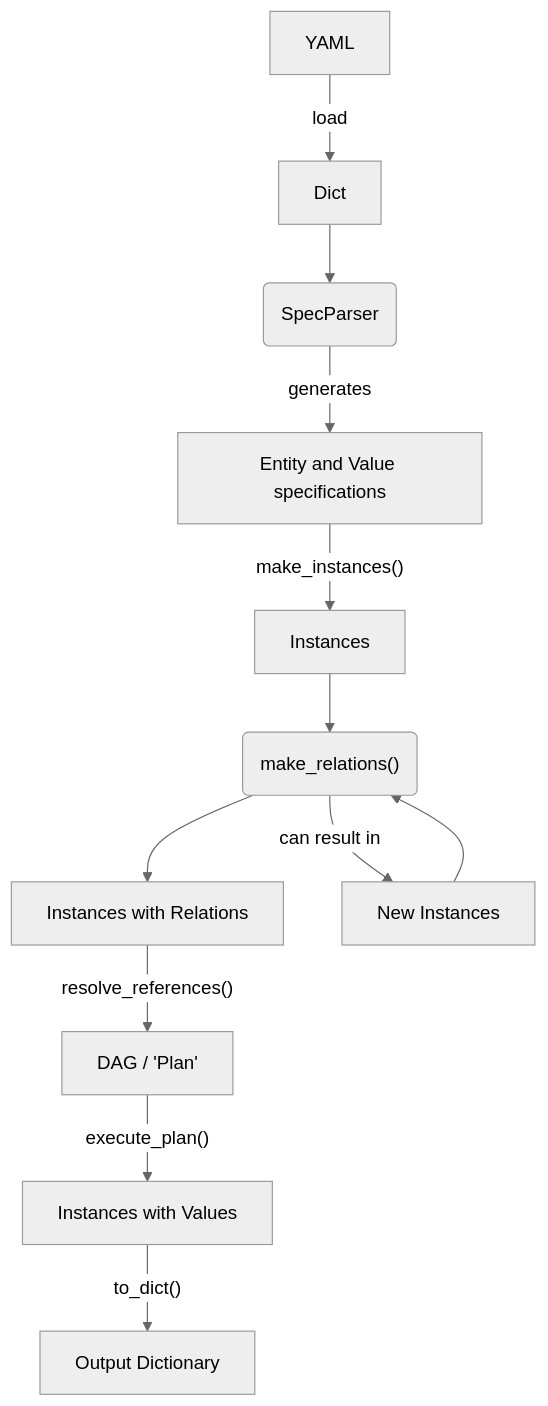
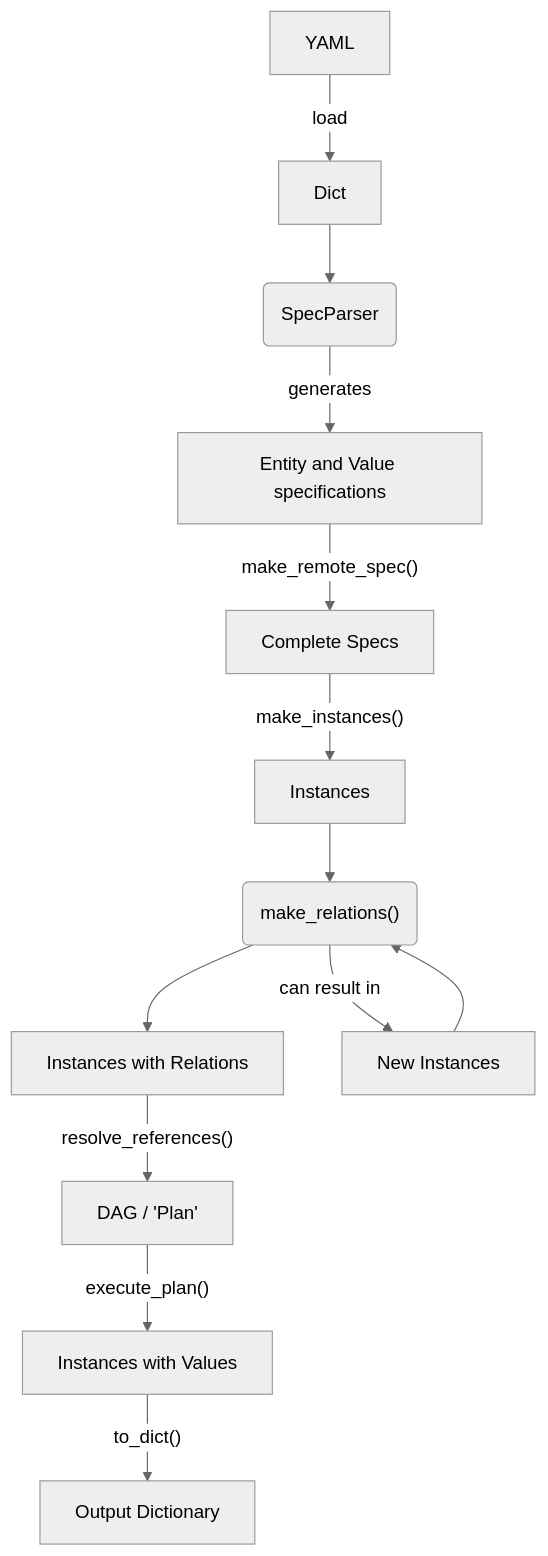
One commit to mariushelf/factory_boss changed the first of 2 diagrams in README.md. Above: the diagram before and after it, drawn with Mermaid (neutral theme). The commit also changed 3 other files, not shown here.

````diff
--- a/README.md
+++ b/README.md
@@ -9,15 +9,16 @@
 ```mermaid
 graph TB
     YAML -- load --> Dict --> P
     ES[Entity and Value specifications]
     P(SpecParser) -- generates --> ES
-    ES -- "make_instances()" --> Instances
+    ES -- "make_remote_spec()" --> CS[Complete Specs]
+    CS -- "make_instances()" --> Instances
     IR[Instances with Relations]
     Instances --> make_relations("make_relations()")
     make_relations --> IR
     make_relations -- can result in --> NI[New Instances]
     NI --> make_relations
     IR --> |"resolve_references()"|DAG[DAG / 'Plan']
     DAG -->|"execute_plan()"| IV[Instances with Values]
     IV -->|"to_dict()"| DICT[Output Dictionary]
 ```
````
